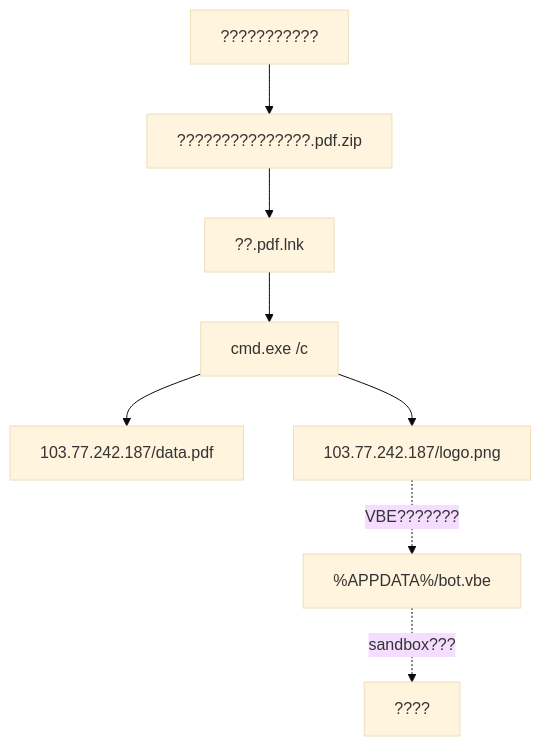
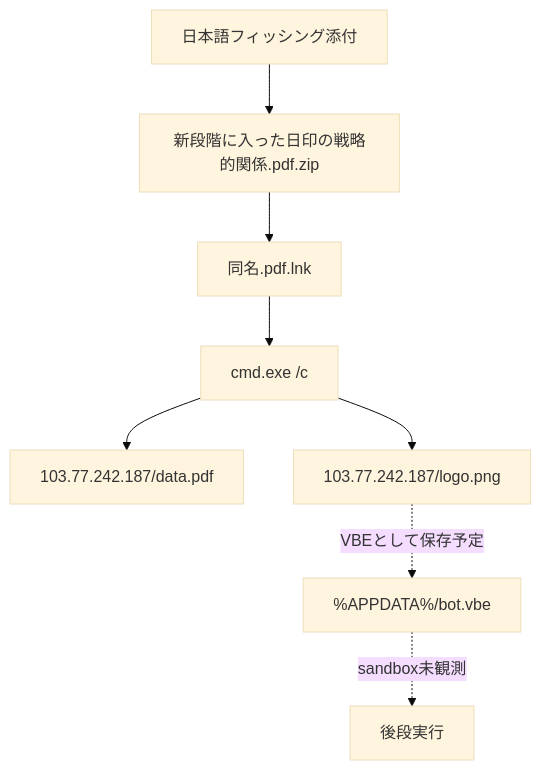
The second of 3 diagrams in analysis-results/malware/unclassified/versions/unknown/cases/0e1fcb0e29c132819fcb2a3f2aa188a398c96be5e1919266ae95a8ee99986347/OVERALL-LOGIC.md (proshiba/AI-security-analysis), drawn with Mermaid (base theme) before and after one commit. The commit also changed other lines of this file and 1747 other files, not shown here.

````diff
--- a/analysis-results/malware/unclassified/versions/unknown/cases/0e1fcb0e29c132819fcb2a3f2aa188a398c96be5e1919266ae95a8ee99986347/OVERALL-LOGIC.md
+++ b/analysis-results/malware/unclassified/versions/unknown/cases/0e1fcb0e29c132819fcb2a3f2aa188a398c96be5e1919266ae95a8ee99986347/OVERALL-LOGIC.md
@@ -19,10 +19,10 @@
 ```mermaid
 flowchart TD
-  A["???????????"] --> B["???????????????.pdf.zip"]
-  B --> C["??.pdf.lnk"]
+  A["日本語フィッシング添付"] --> B["新段階に入った日印の戦略的関係.pdf.zip"]
+  B --> C["同名.pdf.lnk"]
   C --> D["cmd.exe /c"]
   D --> E["103.77.242.187/data.pdf"]
   D --> F["103.77.242.187/logo.png"]
-  F -. "VBE???????" .-> G["%APPDATA%/bot.vbe"]
-  G -. "sandbox???" .-> H["????"]
+  F -. "VBEとして保存予定" .-> G["%APPDATA%/bot.vbe"]
+  G -. "sandbox未観測" .-> H["後段実行"]
 ```
````
